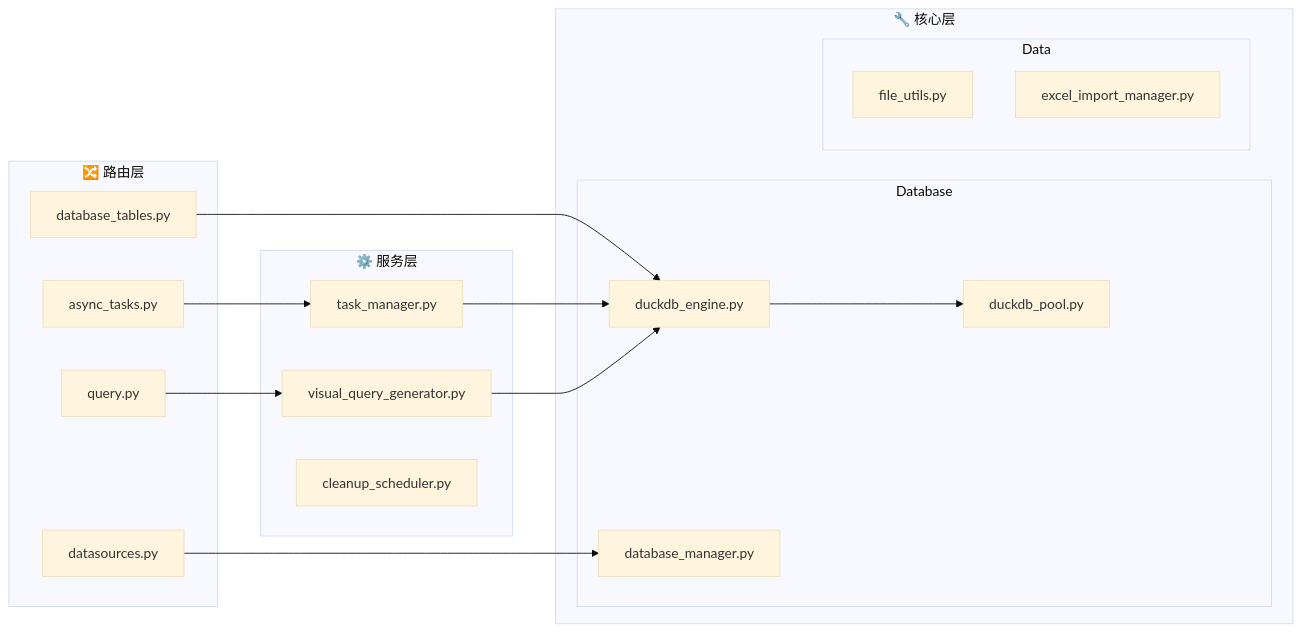
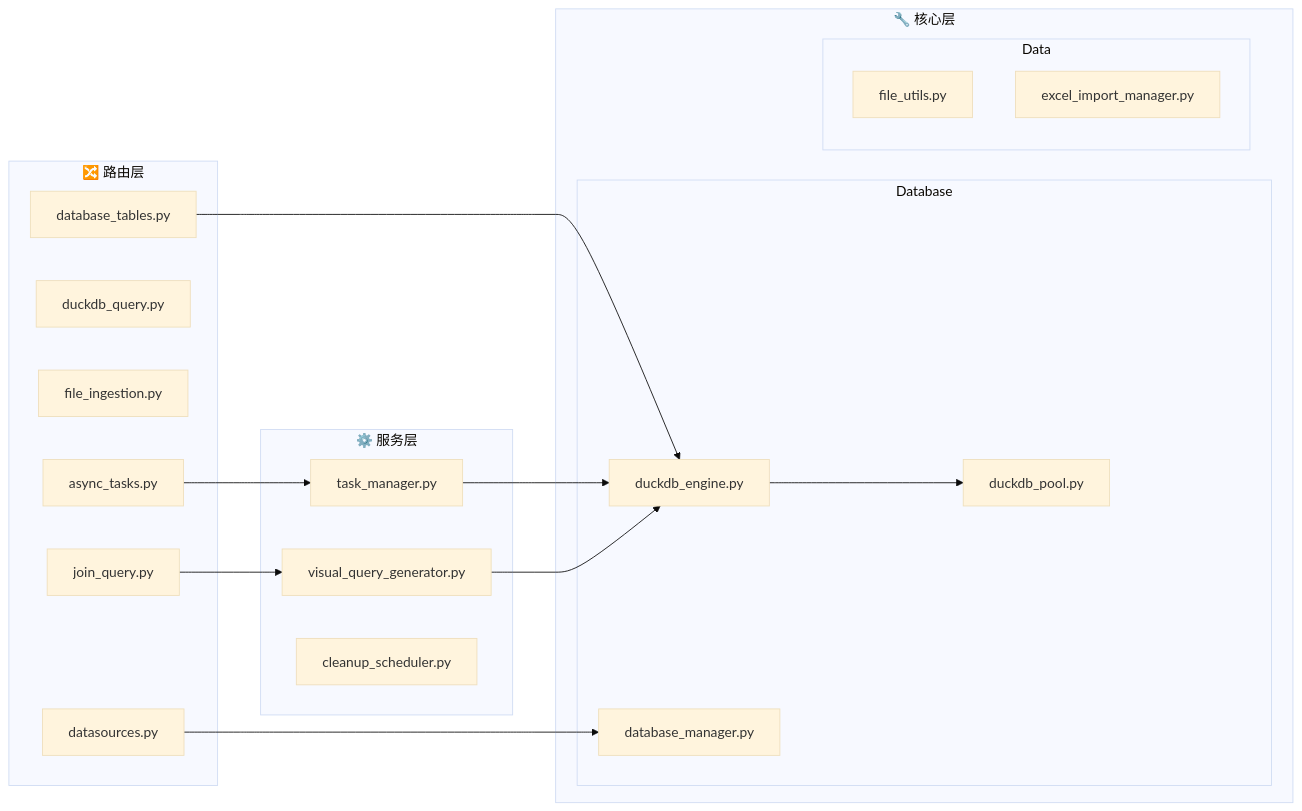
Before and after one commit to Chenkeliang/duckdb-query: the second of 11 diagrams in docs/SYSTEM_ARCHITECTURE.md, drawn with Mermaid (base theme). The commit also changed 17 other files, not shown here.

First line of the commit message:
refactor(api): rename query router to join_query

````diff
--- a/docs/SYSTEM_ARCHITECTURE.md
+++ b/docs/SYSTEM_ARCHITECTURE.md
@@ -54,35 +54,37 @@
 ```mermaid
 flowchart LR
     subgraph Routers["🔀 路由层"]
-        R1[query.py]
+        R1[join_query.py]
+        R1b[duckdb_query.py]
+        R1c[file_ingestion.py]
         R2[async_tasks.py]
         R3[datasources.py]
         R4[database_tables.py]
     end
 
     subgraph Services["⚙️ 服务层"]
         S1[task_manager.py]
         S2[visual_query_generator.py]
         S3[cleanup_scheduler.py]
     end
 
     subgraph Core["🔧 核心层"]
         subgraph DB["Database"]
             DB1[duckdb_engine.py]
             DB2[duckdb_pool.py]
             DB3[database_manager.py]
         end
         subgraph Data["Data"]
             DT1[file_utils.py]
             DT2[excel_import_manager.py]
         end
     end
 
     R1 --> S2
     R2 --> S1
     R3 --> DB3
     R4 --> DB1
     S1 --> DB1
     S2 --> DB1
     DB1 --> DB2
 ```
````
